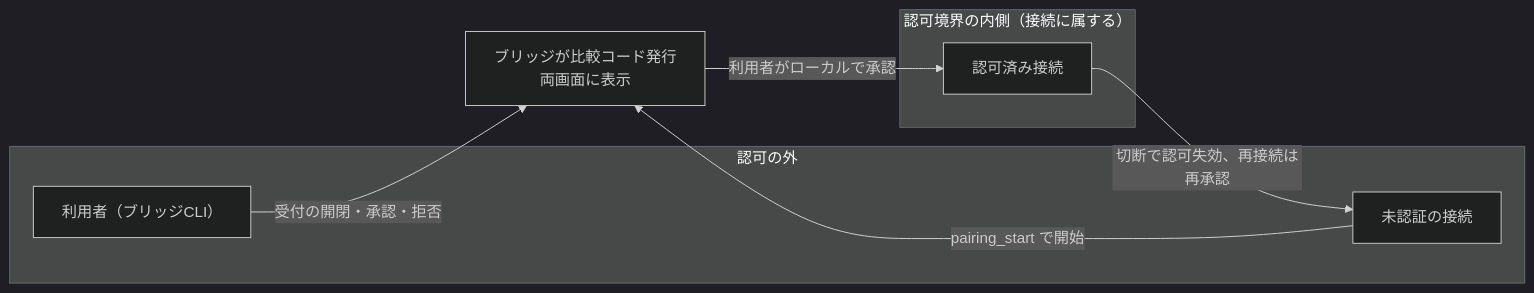
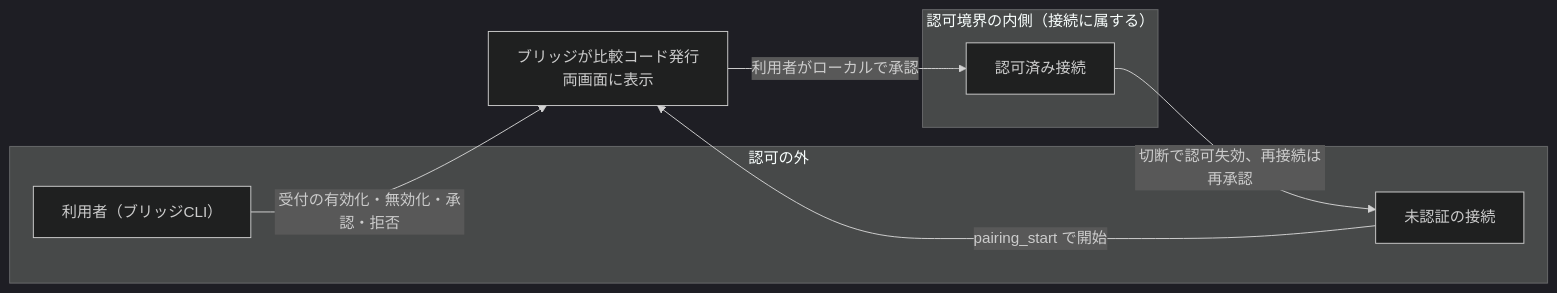
Before and after one commit to WebXR-JP/xrift-bridge: the second of 2 diagrams in design/bridge-connection.md, drawn with Mermaid (dark theme). The commit also changed other lines of this file and 43 other files, not shown here.

````diff
--- a/design/bridge-connection.md
+++ b/design/bridge-connection.md
@@ -66,14 +66,14 @@
 ```mermaid
 flowchart LR
     subgraph OUT["認可の外"]
         U["利用者（ブリッジCLI）"]
         W["未認証の接続"]
     end
     subgraph IN["認可境界の内側（接続に属する）"]
         A["認可済み接続"]
     end
     W -->|"pairing_start で開始"| P["ブリッジが比較コード発行<br/>両画面に表示"]
     P -->|"利用者がローカルで承認"| A
-    U -->|"受付の開閉・承認・拒否"| P
+    U -->|"受付の有効化・無効化・承認・拒否"| P
     A -->|"切断で認可失効、再接続は再承認"| W
 ```
````
